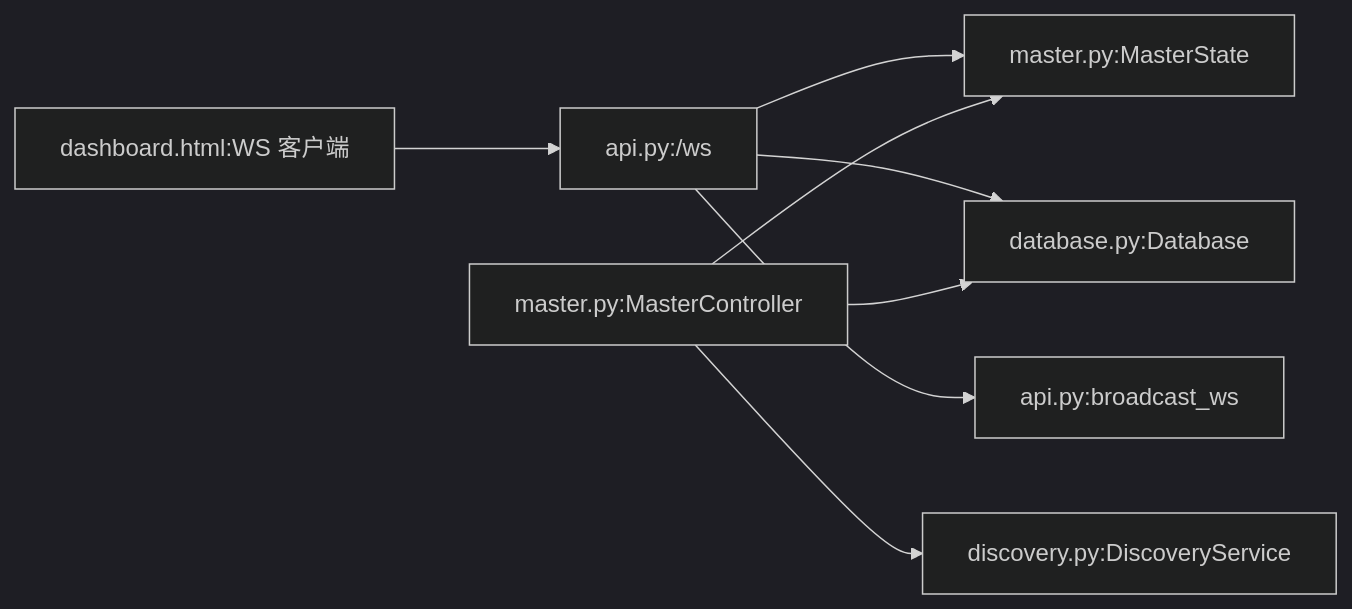
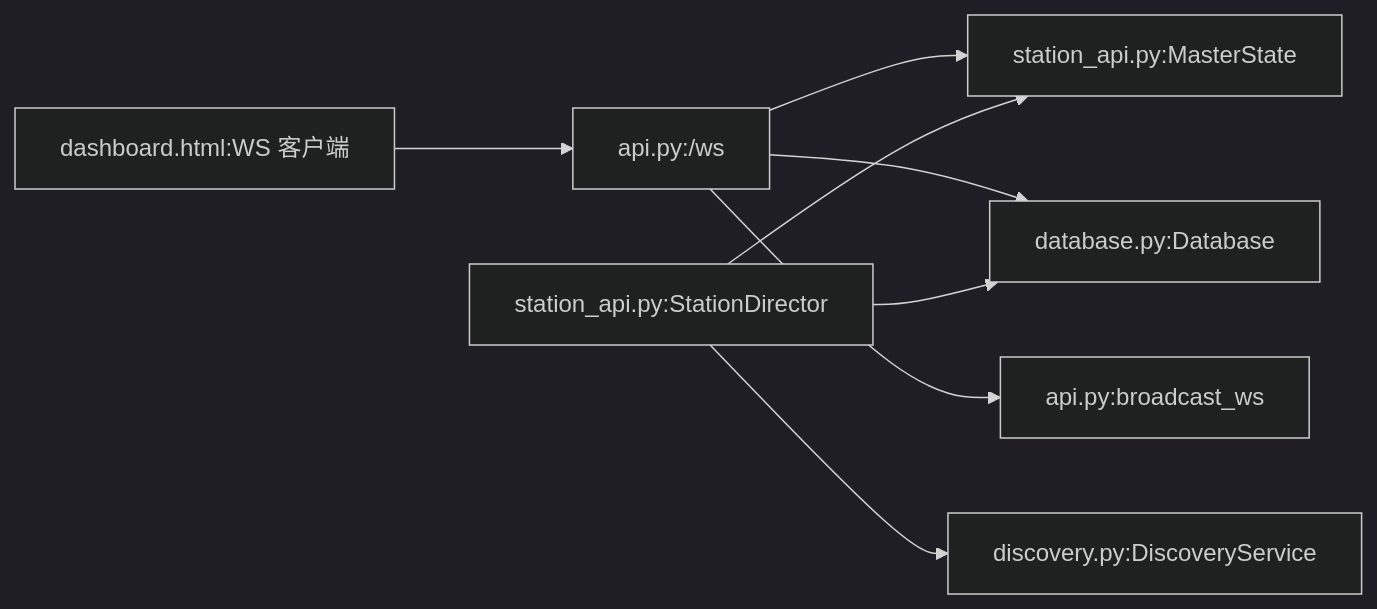
One commit to targalian/Personal-distributed-workstation changed the sixth of 6 diagrams in .qoder/repowiki/zh/content/Web API 接口/Master API 接口/实时通信 API.md. Above: the diagram before and after it, drawn with Mermaid (dark theme). The commit also changed other lines of this file and 63 other files, not shown here.

Commit message:
docs(station): 同步 repo wiki 至 station_controller/station_api 架构

````diff
--- a/.qoder/repowiki/zh/content/Web API 接口/Master API 接口/实时通信 API.md
+++ b/.qoder/repowiki/zh/content/Web API 接口/Master API 接口/实时通信 API.md
@@ -275,10 +275,10 @@
 ```mermaid
 graph LR
-API["api.py:/ws"] --> State["master.py:MasterState"]
+API["api.py:/ws"] --> State["station_api.py:MasterState"]
 API --> DB["database.py:Database"]
 API --> Broadcast["api.py:broadcast_ws"]
-Master["master.py:MasterController"] --> State
+Master["station_api.py:StationDirector"] --> State
 Master --> DB
 Master --> Disc["discovery.py:DiscoveryService"]
 UI["dashboard.html:WS 客户端"] --> API
 ```
````
